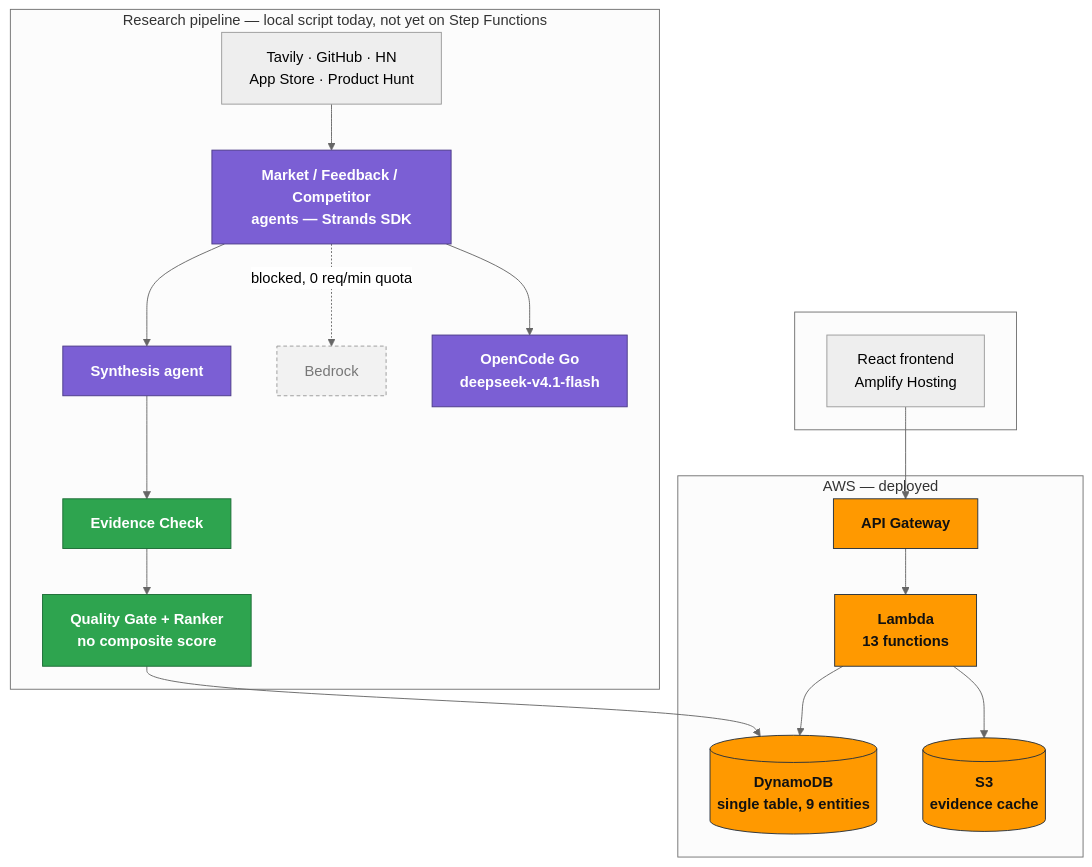
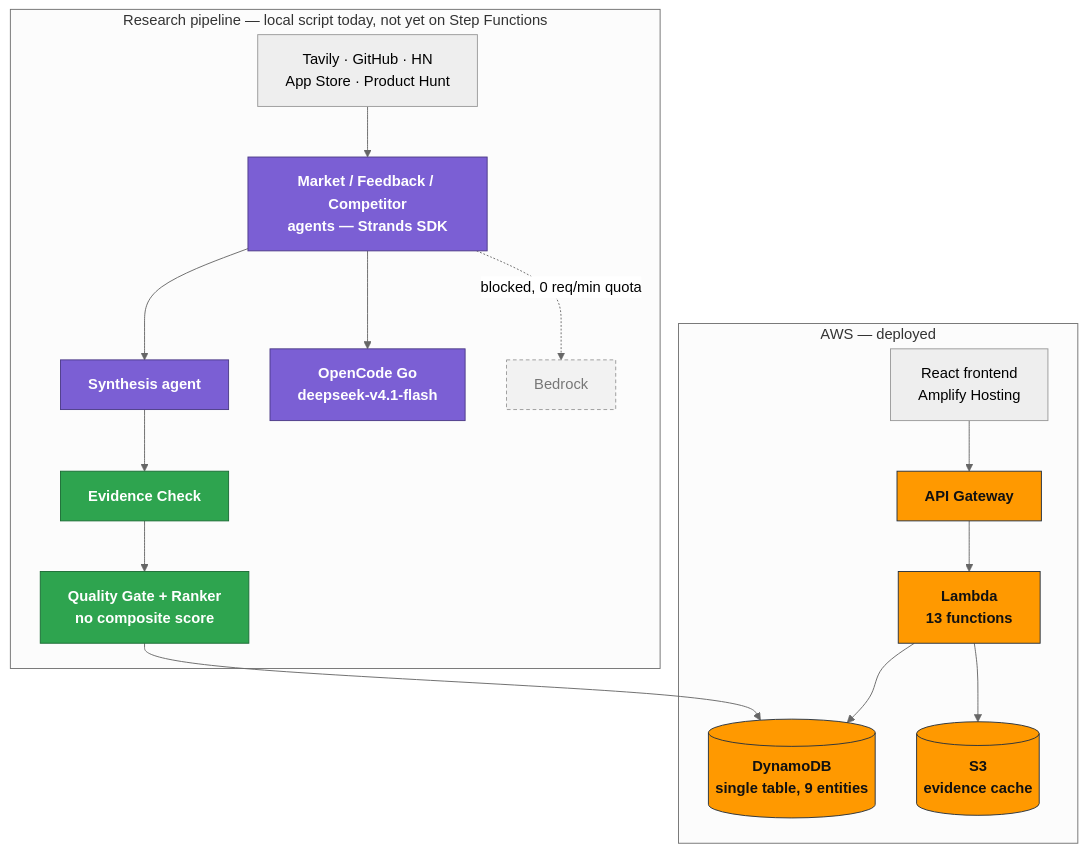
The diagram in README.md (Niranjan-cyber/BusyFox), drawn with Mermaid (neutral theme) before and after one commit.

Commit message:
Fix README diagram: merge frontend into AWS box, reorder around OpenCode Go
The separate unlabeled Client subgraph sat flush against the Pipeline
subgraph with no gap, and OpenCode Go landed on the boundary edge between
them, reading as disconnected. Amplify Hosting is itself AWS, so the
frontend now lives inside the AWS-deployed box instead of its own; the
agent's branch order now puts the low-importance, greyed-out Bedrock node
on that edge instead of OpenCode Go.

````diff
--- a/README.md
+++ b/README.md
@@ -41,33 +41,30 @@
 ```mermaid
+%%{init: {'flowchart': {'nodeSpacing': 45, 'rankSpacing': 55}}}%%
 flowchart TD
-    subgraph Client[" "]
-        FE["React frontend\nAmplify Hosting"]
-    end
-
     subgraph AWSDeployed["AWS — deployed"]
-        GW["API Gateway"] --> LAM["Lambda\n13 functions"]
+        FE["React frontend\nAmplify Hosting"] --> GW["API Gateway"]
+        GW --> LAM["Lambda\n13 functions"]
         LAM --> DDB[("DynamoDB\nsingle table, 9 entities")]
         LAM --> S3[("S3\nevidence cache")]
     end
 
     subgraph Pipeline["Research pipeline — local script today, not yet on Step Functions"]
         EXT["Tavily · GitHub · HN\nApp Store · Product Hunt"] --> AG["Market / Feedback / Competitor\nagents — Strands SDK"]
         AG --> SYN["Synthesis agent"]
+        AG --> OCG["OpenCode Go\ndeepseek-v4.1-flash"]
+        AG -.blocked, 0 req/min quota.-> BR["Bedrock"]
         SYN --> EC["Evidence Check"]
         EC --> QG["Quality Gate + Ranker\nno composite score"]
-        AG -.blocked, 0 req/min quota.-> BR["Bedrock"]
-        AG --> OCG["OpenCode Go\ndeepseek-v4.1-flash"]
     end
 
-    FE --> GW
     QG --> DDB
 
     classDef aws fill:#FF9900,stroke:#232F3E,color:#111,font-weight:bold;
     classDef verify fill:#2ea44f,stroke:#1a6b34,color:#fff,font-weight:bold;
     classDef model fill:#7b5fd4,stroke:#4b3a86,color:#fff,font-weight:bold;
     classDef blocked fill:#f2f2f2,stroke:#999,color:#777,stroke-dasharray: 4 3;
     class GW,LAM,DDB,S3 aws;
     class EC,QG verify;
     class AG,SYN,OCG model;
     class BR blocked;
 ```
````
